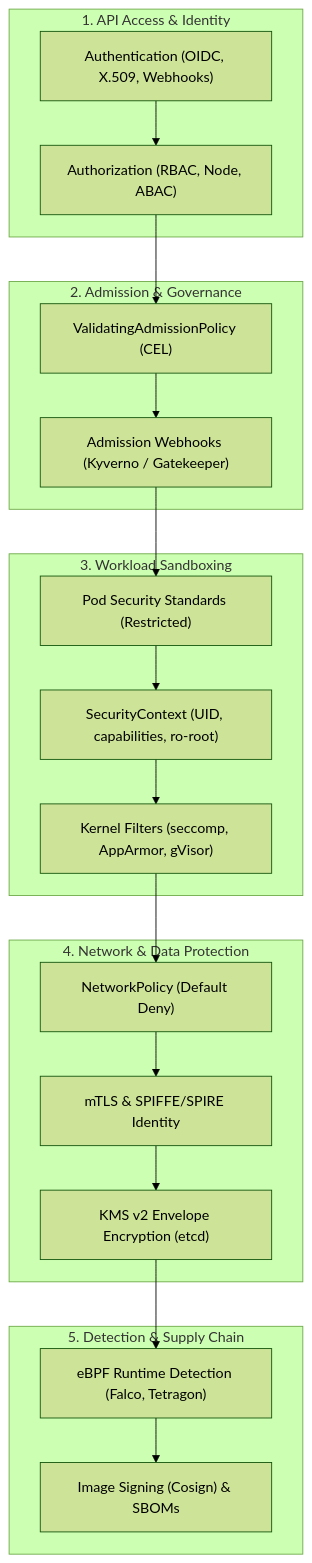
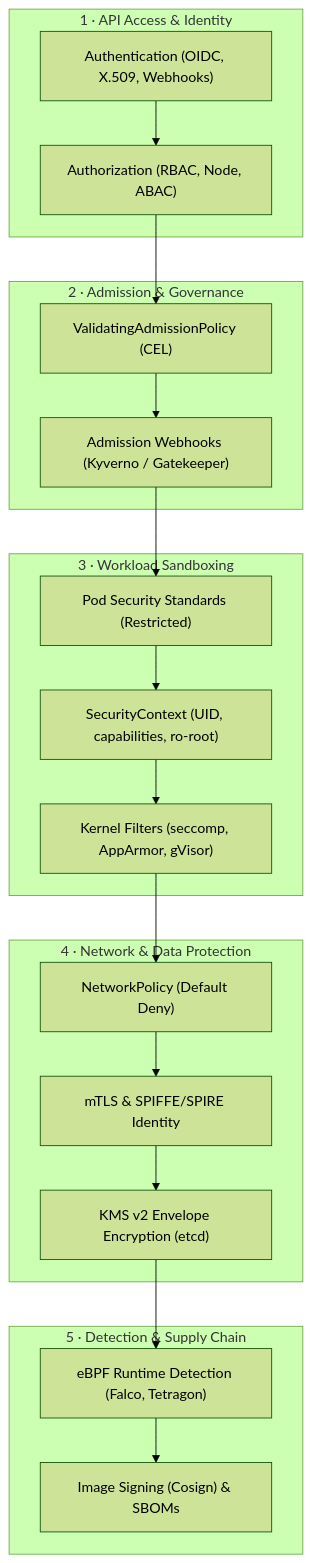
One commit to darshan-raul/cloudnative-wiki changed the diagram in content/Kubernetes/concepts/L07-security/index.md. Above: the diagram before and after it, drawn with Mermaid (forest theme). The commit also changed other lines of this file and 94 other files, not shown here.

````diff
--- a/content/Kubernetes/concepts/L07-security/index.md
+++ b/content/Kubernetes/concepts/L07-security/index.md
@@ -14,28 +14,28 @@
 ```mermaid
 flowchart TD
-    subgraph Ring1["1. API Access & Identity"]
+    subgraph Ring1["1 · API Access & Identity"]
         AuthN["Authentication (OIDC, X.509, Webhooks)"] --> AuthZ["Authorization (RBAC, Node, ABAC)"]
     end
 
-    subgraph Ring2["2. Admission & Governance"]
+    subgraph Ring2["2 · Admission & Governance"]
         AuthZ --> VAP["ValidatingAdmissionPolicy (CEL)"]
         VAP --> Webhooks["Admission Webhooks (Kyverno / Gatekeeper)"]
     end
 
-    subgraph Ring3["3. Workload Sandboxing"]
+    subgraph Ring3["3 · Workload Sandboxing"]
         Webhooks --> PSS["Pod Security Standards (Restricted)"]
         PSS --> SecCtx["SecurityContext (UID, capabilities, ro-root)"]
         SecCtx --> Seccomp["Kernel Filters (seccomp, AppArmor, gVisor)"]
     end
 
-    subgraph Ring4["4. Network & Data Protection"]
+    subgraph Ring4["4 · Network & Data Protection"]
         Seccomp --> NetPol["NetworkPolicy (Default Deny)"]
         NetPol --> mTLS["mTLS & SPIFFE/SPIRE Identity"]
         mTLS --> KMS["KMS v2 Envelope Encryption (etcd)"]
     end
 
-    subgraph Ring5["5. Detection & Supply Chain"]
+    subgraph Ring5["5 · Detection & Supply Chain"]
         KMS --> Runtime["eBPF Runtime Detection (Falco, Tetragon)"]
         Runtime --> SupplyChain["Image Signing (Cosign) & SBOMs"]
     end
 ```
````
